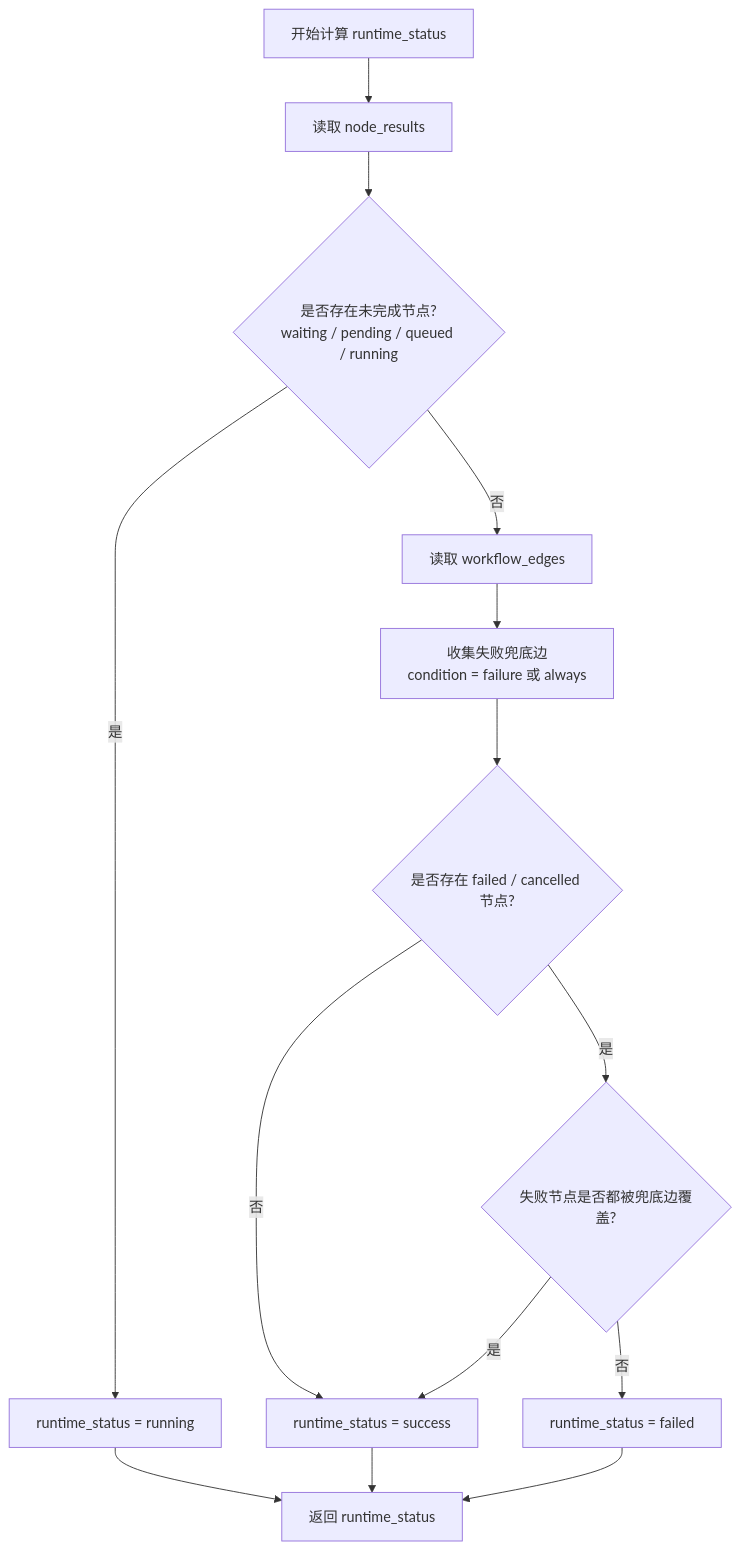
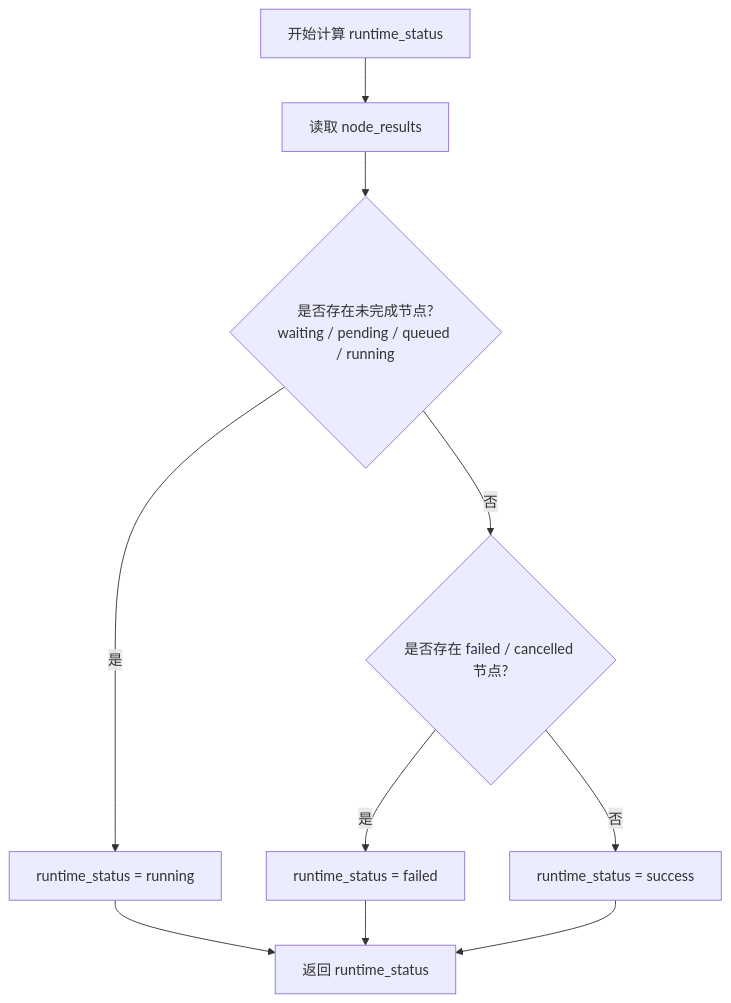
Before and after one commit to chlinwei/djadmin: the diagram in backend/djadmin/automation/WORKFLOW_RUNTIME_LOGIC.md, drawn with Mermaid. The commit also changed other lines of this file and 104 other files, not shown here.

````diff
--- a/backend/djadmin/automation/WORKFLOW_RUNTIME_LOGIC.md
+++ b/backend/djadmin/automation/WORKFLOW_RUNTIME_LOGIC.md
@@ -181,16 +178,12 @@
 ```mermaid
 flowchart TD
   A[开始计算 runtime_status] --> B[读取 node_results]
   B --> C{是否存在未完成节点?\nwaiting / pending / queued / running}
   C -- 是 --> D[runtime_status = running]
-  C -- 否 --> E[读取 workflow_edges]
-  E --> F[收集失败兜底边\ncondition = failure 或 always]
-  F --> G{是否存在 failed / cancelled 节点?}
-  G -- 否 --> H[runtime_status = success]
-  G -- 是 --> I{失败节点是否都被兜底边覆盖?}
-  I -- 否 --> J[runtime_status = failed]
-  I -- 是 --> H
-  D --> K[返回 runtime_status]
-  H --> K
-  J --> K
+  C -- 否 --> E{是否存在 failed / cancelled 节点?}
+  E -- 是 --> F[runtime_status = failed]
+  E -- 否 --> G[runtime_status = success]
+  D --> H[返回 runtime_status]
+  F --> H
+  G --> H
 ```
````
